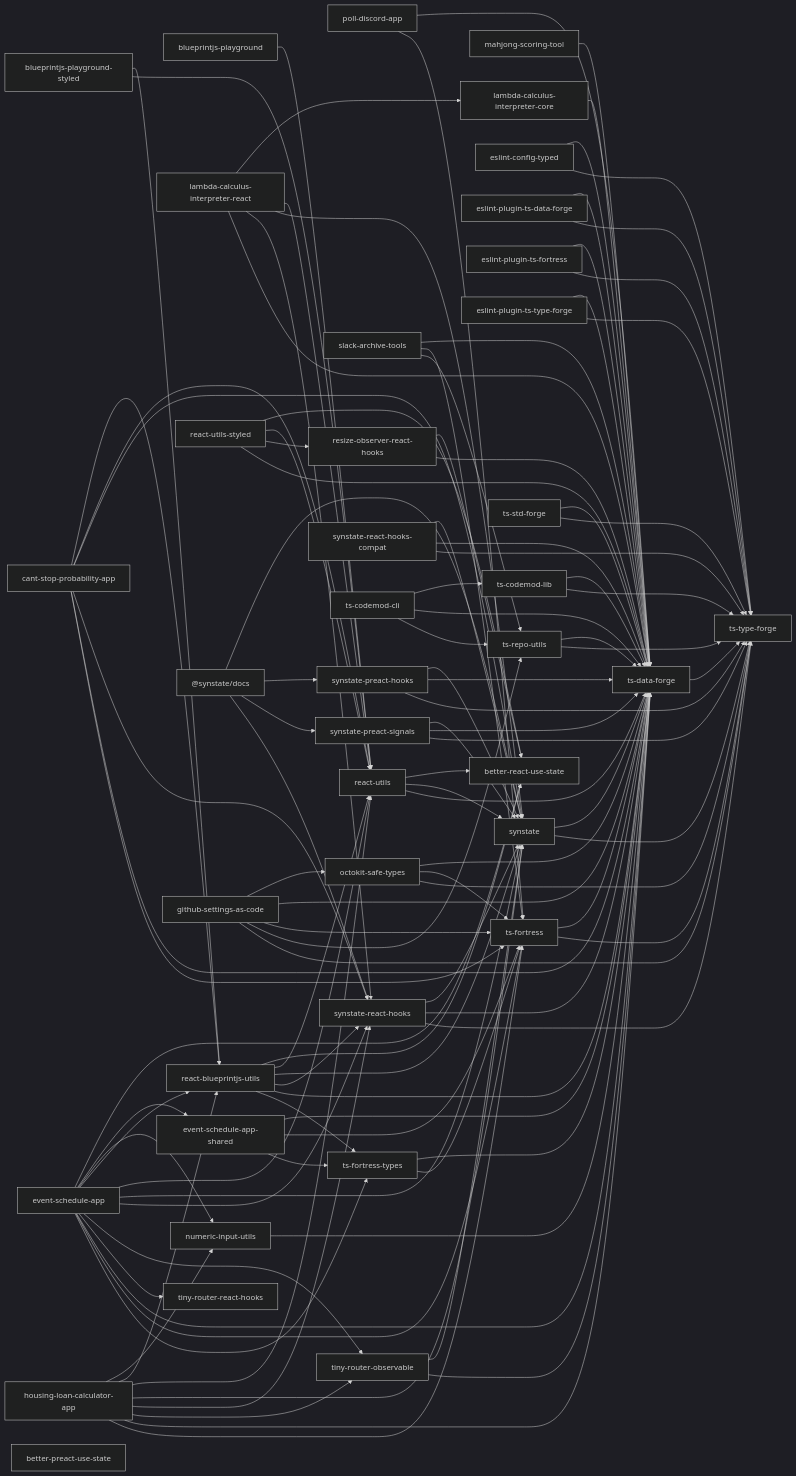
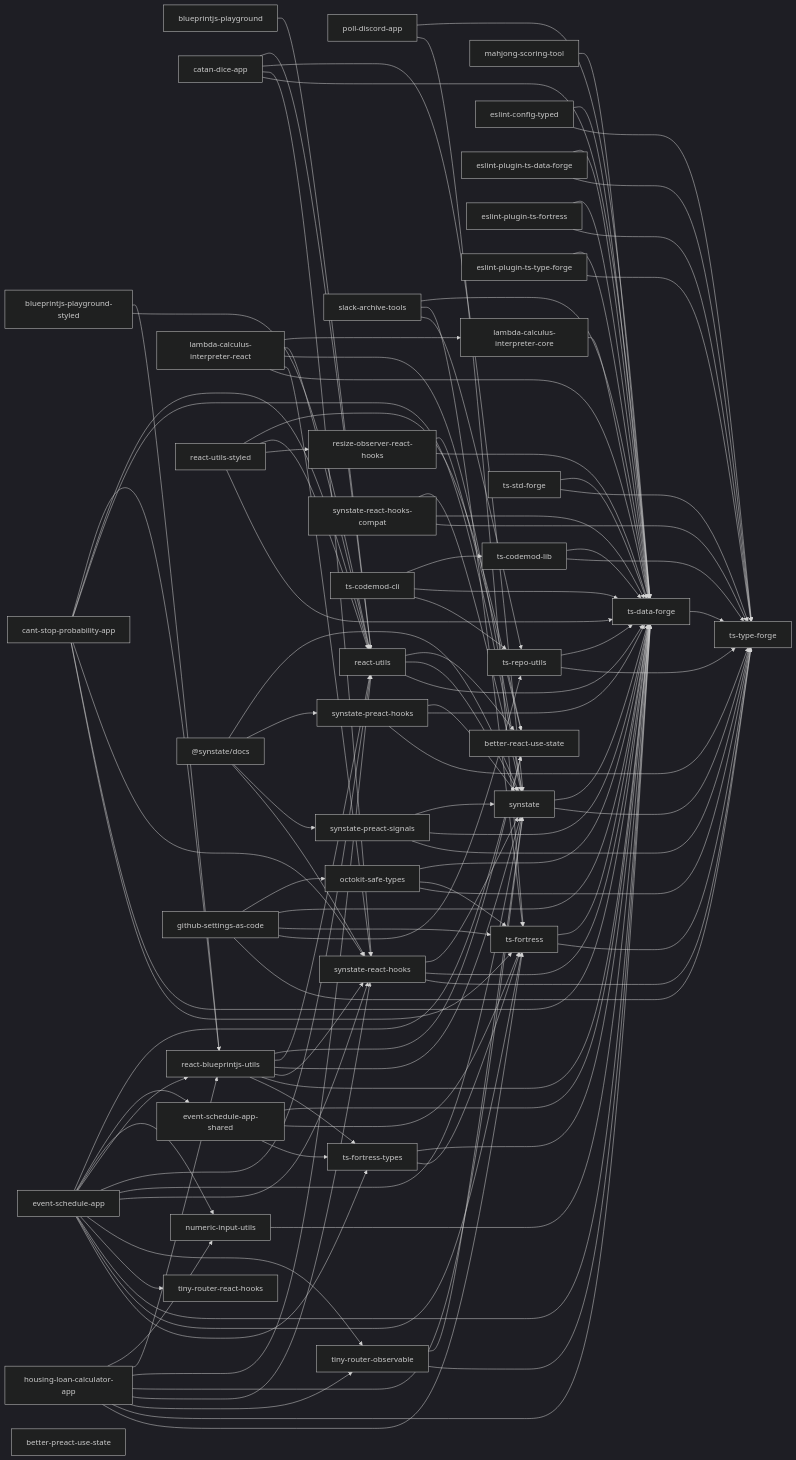
Before and after one commit to noshiro-pf/mono: the diagram in docs/package-dependencies.md, drawn with Mermaid (dark theme). The commit also changed other lines of this file and 73 other files, not shown here.

First line of the commit message:
feat: restore catan-dice-app from experimental/

```diff
--- a/docs/package-dependencies.md
+++ b/docs/package-dependencies.md
@@ -15,6 +15,7 @@
   blueprintjs_playground["blueprintjs-playground"]
   blueprintjs_playground_styled["blueprintjs-playground-styled"]
   cant_stop_probability_app["cant-stop-probability-app"]
+  catan_dice_app["catan-dice-app"]
   event_schedule_app["event-schedule-app"]
   event_schedule_app_shared["event-schedule-app-shared"]
   housing_loan_calculator_app["housing-loan-calculator-app"]
@@ -61,6 +62,10 @@
   cant_stop_probability_app --> synstate_react_hooks
   cant_stop_probability_app --> ts_data_forge
   cant_stop_probability_app --> ts_fortress
+  catan_dice_app --> react_utils
+  catan_dice_app --> synstate
+  catan_dice_app --> synstate_react_hooks
+  catan_dice_app --> ts_data_forge
   event_schedule_app --> better_react_use_state
   event_schedule_app --> event_schedule_app_shared
   event_schedule_app --> numeric_input_utils
```
